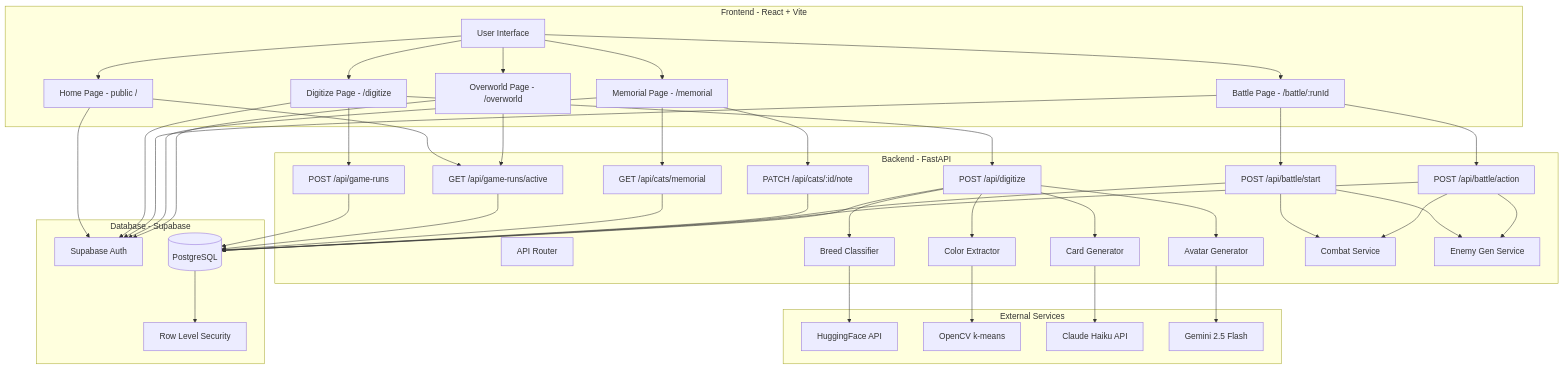
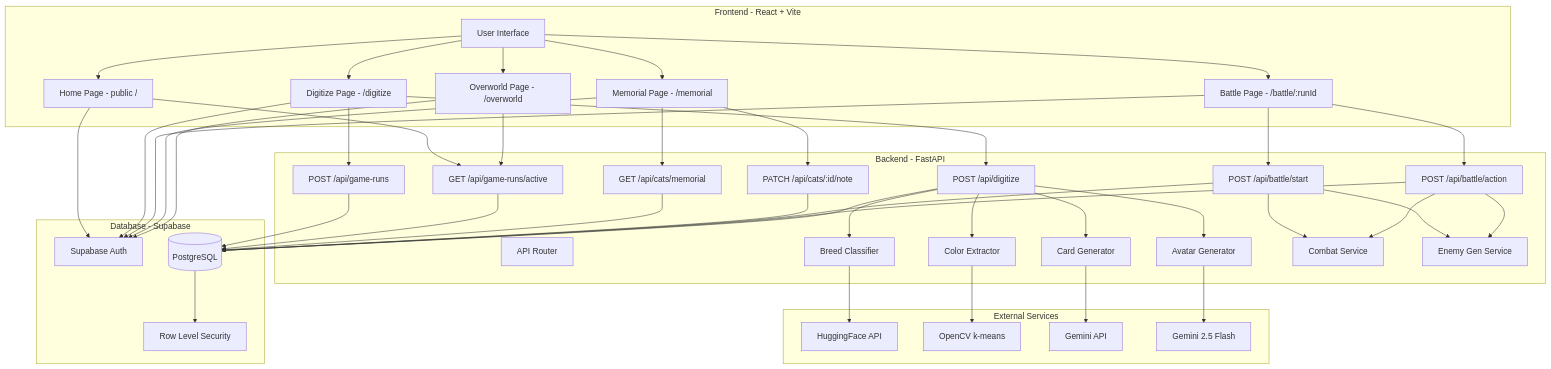
The first of 2 diagrams in .kiro/specs/nine-lives-complete-implementation/design.md (eucaliptuskoala/nine-lives), drawn with Mermaid before and after one commit. The commit also changed other lines of this file and 13 other files, not shown here.

```diff
--- a/.kiro/specs/nine-lives-complete-implementation/design.md
+++ b/.kiro/specs/nine-lives-complete-implementation/design.md
@@ -45,7 +45,7 @@
     subgraph "External Services"
         HF[HuggingFace API]
         CV[OpenCV k-means]
-        Claude[Claude Haiku API]
+        GeminiCard[Gemini API]
         Gemini[Gemini 2.5 Flash]
     end
 
@@ -91,7 +91,7 @@
 
     Classifier --> HF
     ColorExtractor --> CV
-    CardGenerator --> Claude
+    CardGenerator --> GeminiCard
     ImageGenerator --> Gemini
 
     HomePage --> Auth
```
